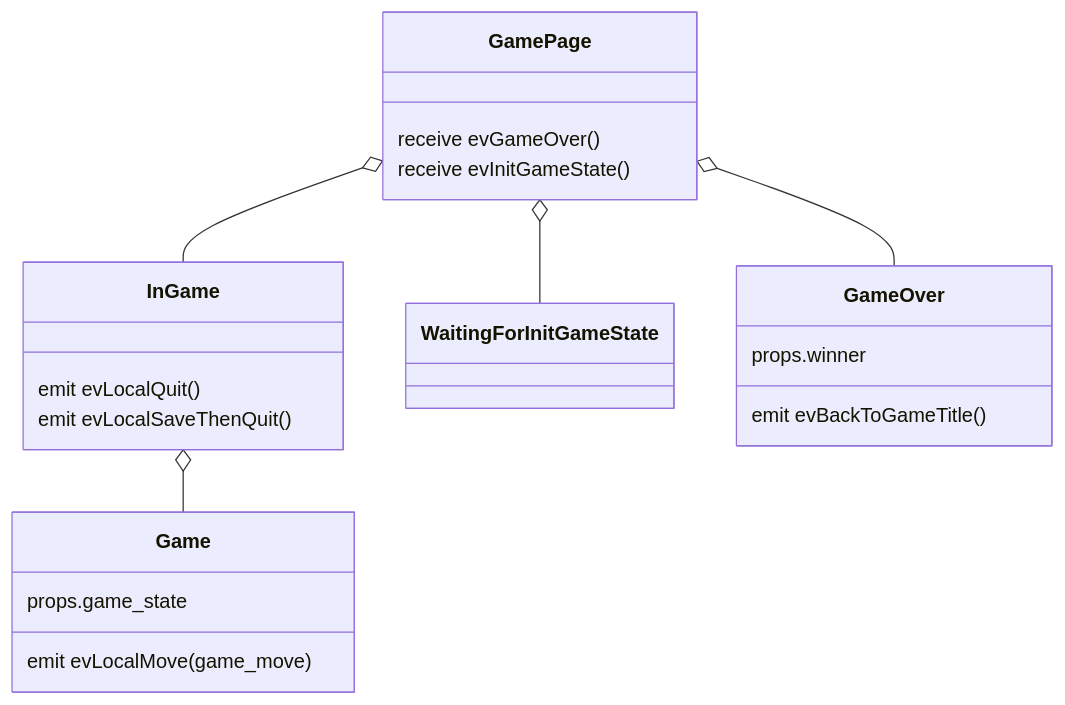
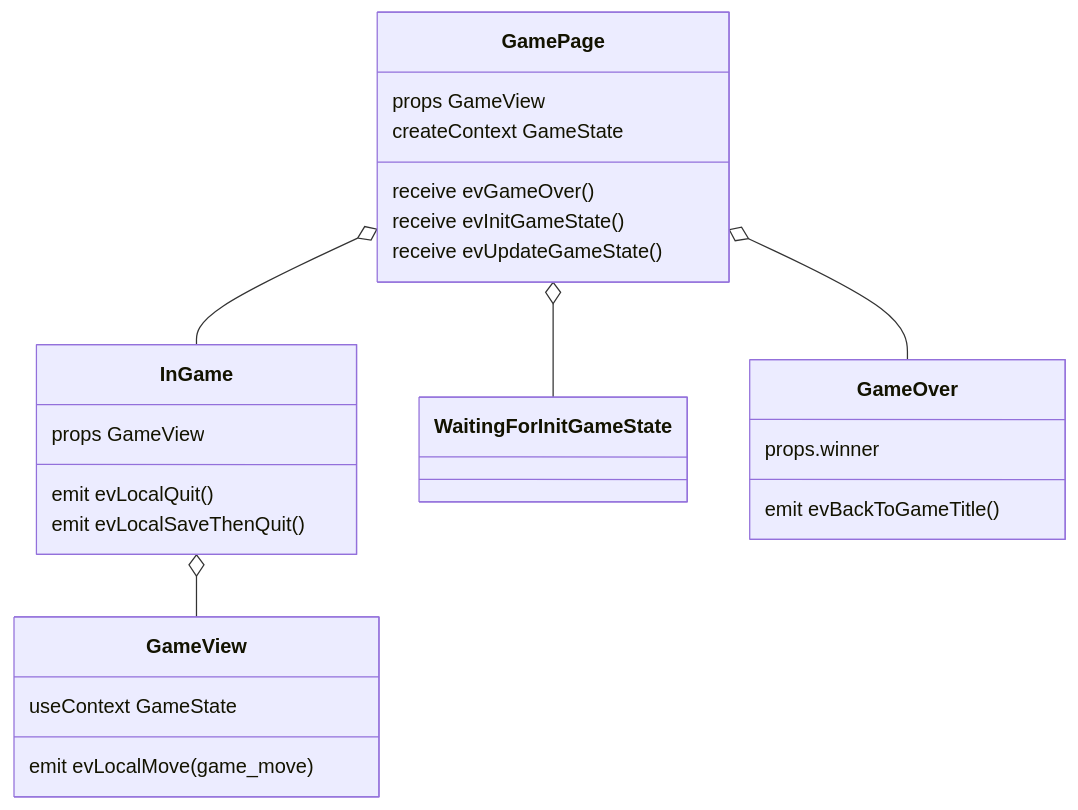
The sixth of 8 diagrams in _posts/2022-10-03-kingz-mobile-tk2.md (li6in9muyou/li6in9muyou.github.io), drawn with Mermaid before and after one commit.

Commit message:
update React component design

````diff
--- a/_posts/2022-10-03-kingz-mobile-tk2.md
+++ b/_posts/2022-10-03-kingz-mobile-tk2.md
@@ -170,29 +170,33 @@
 ```mermaid
 classDiagram
 
 GamePage o-- InGame
 GamePage o-- WaitingForInitGameState
 GamePage o-- GameOver
 
-InGame o-- Game
+InGame o-- GameView
 
-class Game {
-props.game_state
+class GameView {
+useContext GameState
 emit evLocalMove(game_move)
 }
 
 class InGame {
+props GameView
 emit evLocalQuit()
 emit evLocalSaveThenQuit()
 }
 
 class GamePage {
+props GameView
+createContext GameState
 receive evGameOver()
 receive evInitGameState()
+receive evUpdateGameState()
 }
 
 class GameOver {
 props.winner
 emit evBackToGameTitle()
 }
 ```
````
